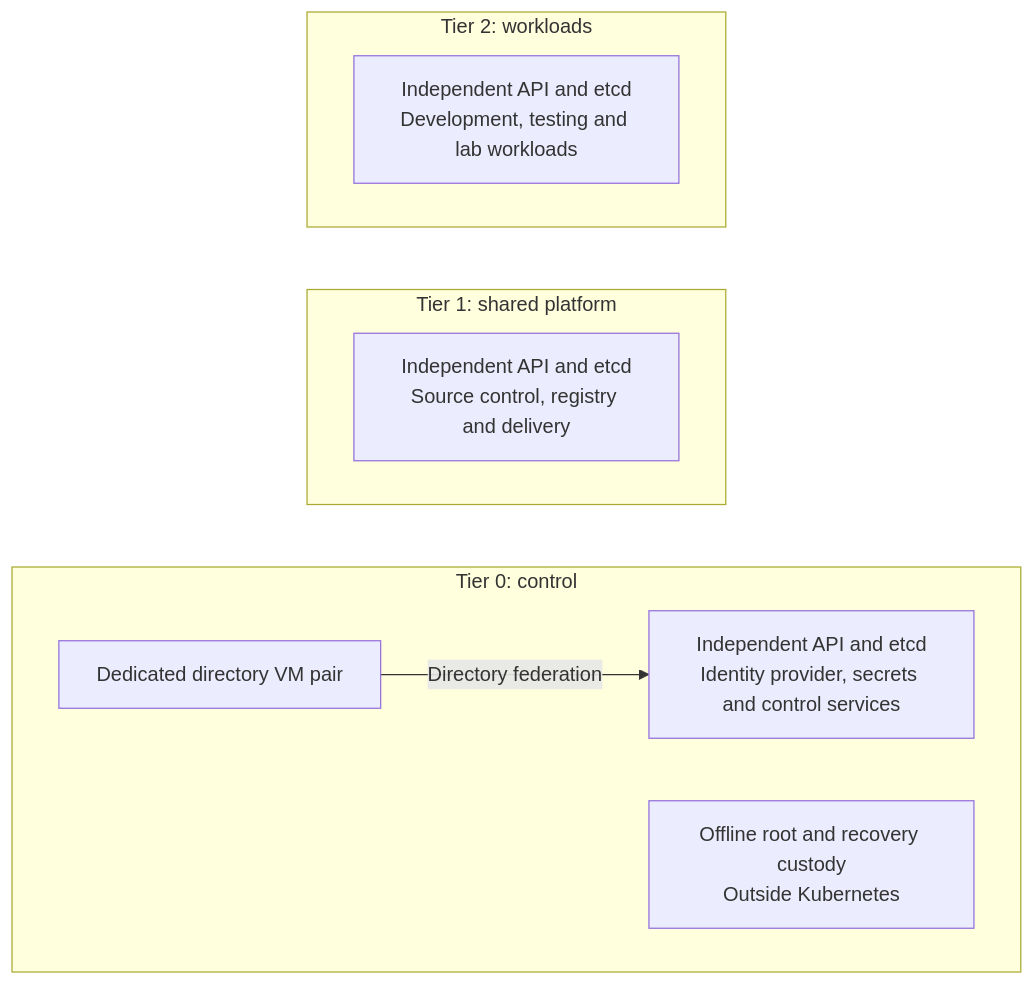
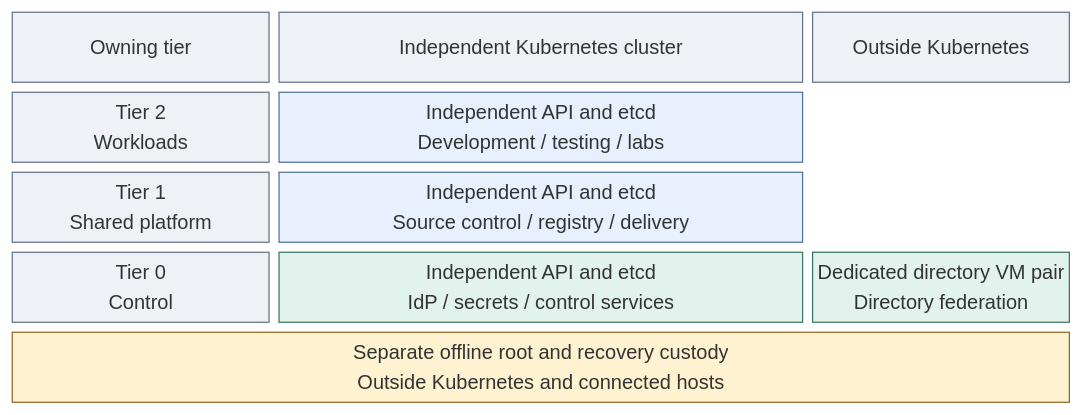
Before and after one commit to Rexus/homelab: the diagram in docs/architecture/compute/kubernetes.md, drawn with Mermaid. The commit also changed other lines of this file and 49 other files, not shown here.

Commit message:
docs(diagrams): clarify tier layouts and visual styles

````diff
--- a/docs/architecture/compute/kubernetes.md
+++ b/docs/architecture/compute/kubernetes.md
@@ -17,16 +17,19 @@
 ```mermaid
-flowchart TB
-  subgraph T2["Tier 2: workloads"]
-    C2["Independent API and etcd<br/>Development, testing and lab workloads"]
-  end
-  subgraph T1["Tier 1: shared platform"]
-    C1["Independent API and etcd<br/>Source control, registry and delivery"]
-  end
-  subgraph T0["Tier 0: control"]
-    C0["Independent API and etcd<br/>Identity provider, secrets and control services"]
-    Directory["Dedicated directory VM pair"]
-    Custody["Offline root and recovery custody<br/>Outside Kubernetes"]
-  end
-  T2 ~~~ T1 ~~~ T0
-  Directory -->|Directory federation| C0
+block-beta
+  columns 4
+  Owner["Owning tier"] Runtime["Independent Kubernetes cluster"]:2 Dedicated["Outside Kubernetes"]
+  T2["Tier 2<br/>Workloads"] C2["Independent API and etcd<br/>Development / testing / labs"]:2 space
+  T1["Tier 1<br/>Shared platform"] C1["Independent API and etcd<br/>Source control / registry / delivery"]:2 space
+  T0["Tier 0<br/>Control"] C0["Independent API and etcd<br/>IdP / secrets / control services"]:2
+  Directory["Dedicated directory VM pair<br/>Directory federation"]
+  Custody["Separate offline root and recovery custody<br/>Outside Kubernetes and connected hosts"]:4
+  classDef default fill:#f8fafc,stroke:#64748b,color:#1f2937
+  classDef boundary fill:#eef2f6,stroke:#64748b,color:#1f2937
+  classDef services fill:#e7f0fc,stroke:#4d719b,color:#203a5b
+  classDef control fill:#e2f3ed,stroke:#397366,color:#173f36
+  classDef custody fill:#fff2d1,stroke:#926820,color:#584013
+  class Owner,Runtime,Dedicated,T2,T1,T0 boundary
+  class C2,C1 services
+  class C0,Directory control
+  class Custody custody
 ```
````
